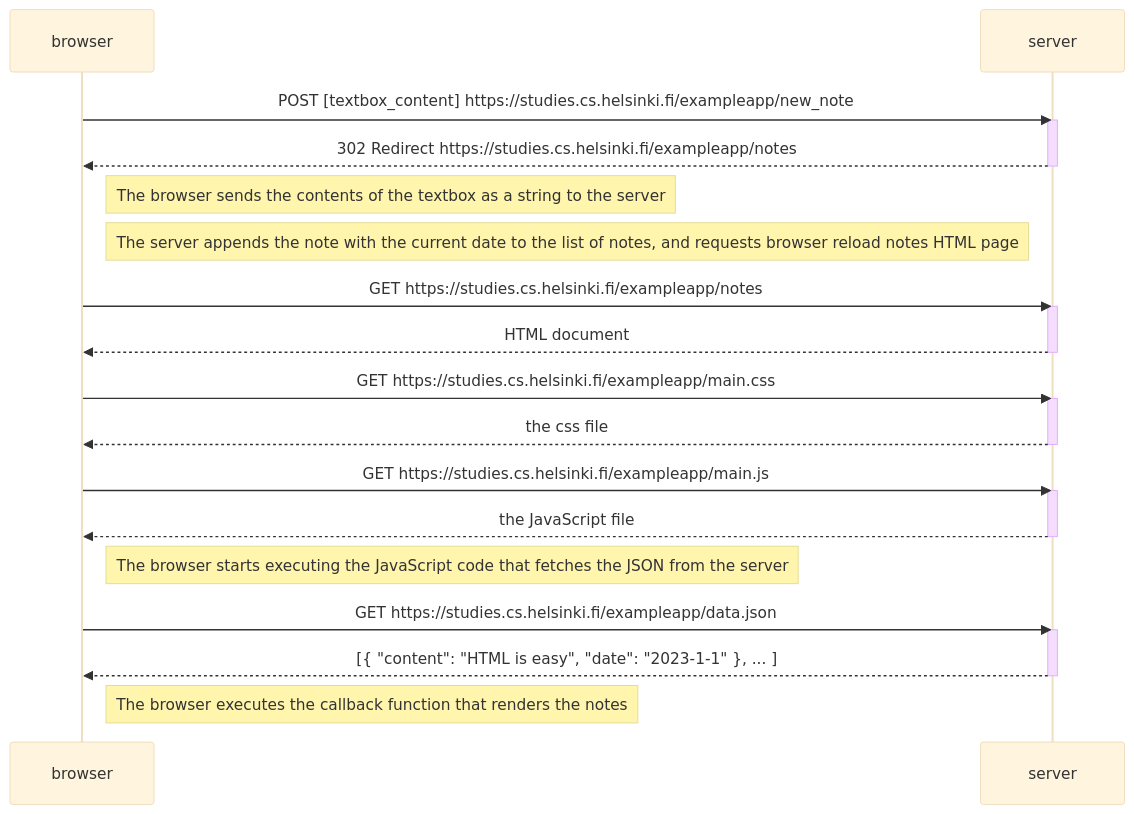
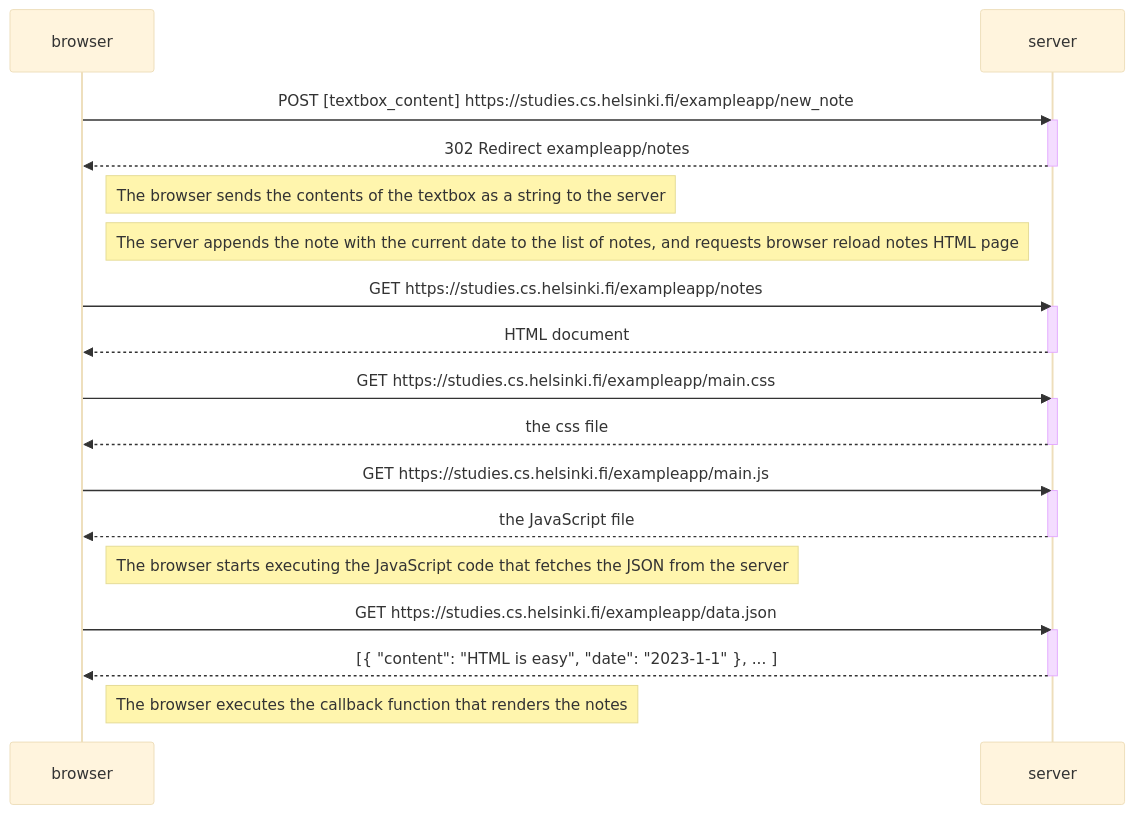
The diagram in 0_4_Exercise/README.md (djanyreason/FullStackOpen_0), drawn with Mermaid (base theme) before and after one commit.

Commit message:
Trims POST response for accuracy

````diff
--- a/0_4_Exercise/README.md
+++ b/0_4_Exercise/README.md
@@ -3,37 +3,37 @@
 ```mermaid
 sequenceDiagram
     participant browser
     participant server
 
     browser->>server: POST [textbox_content] https://studies.cs.helsinki.fi/exampleapp/new_note
     activate server
-    server-->>browser: 302 Redirect https://studies.cs.helsinki.fi/exampleapp/notes
+    server-->>browser: 302 Redirect exampleapp/notes
     deactivate server
 
     Note right of browser: The browser sends the contents of the textbox as a string to the server
     Note left of server: The server appends the note with the current date to the list of notes, and requests browser reload notes HTML page
 
     browser->>server: GET https://studies.cs.helsinki.fi/exampleapp/notes
     activate server
     server-->>browser: HTML document
     deactivate server
 
     browser->>server: GET https://studies.cs.helsinki.fi/exampleapp/main.css
     activate server
     server-->>browser: the css file
     deactivate server
 
     browser->>server: GET https://studies.cs.helsinki.fi/exampleapp/main.js
     activate server
     server-->>browser: the JavaScript file
     deactivate server
 
     Note right of browser: The browser starts executing the JavaScript code that fetches the JSON from the server
 
     browser->>server: GET https://studies.cs.helsinki.fi/exampleapp/data.json
     activate server
     server-->>browser: [{ "content": "HTML is easy", "date": "2023-1-1" }, ... ]
     deactivate server
 
     Note right of browser: The browser executes the callback function that renders the notes
 ```
````
